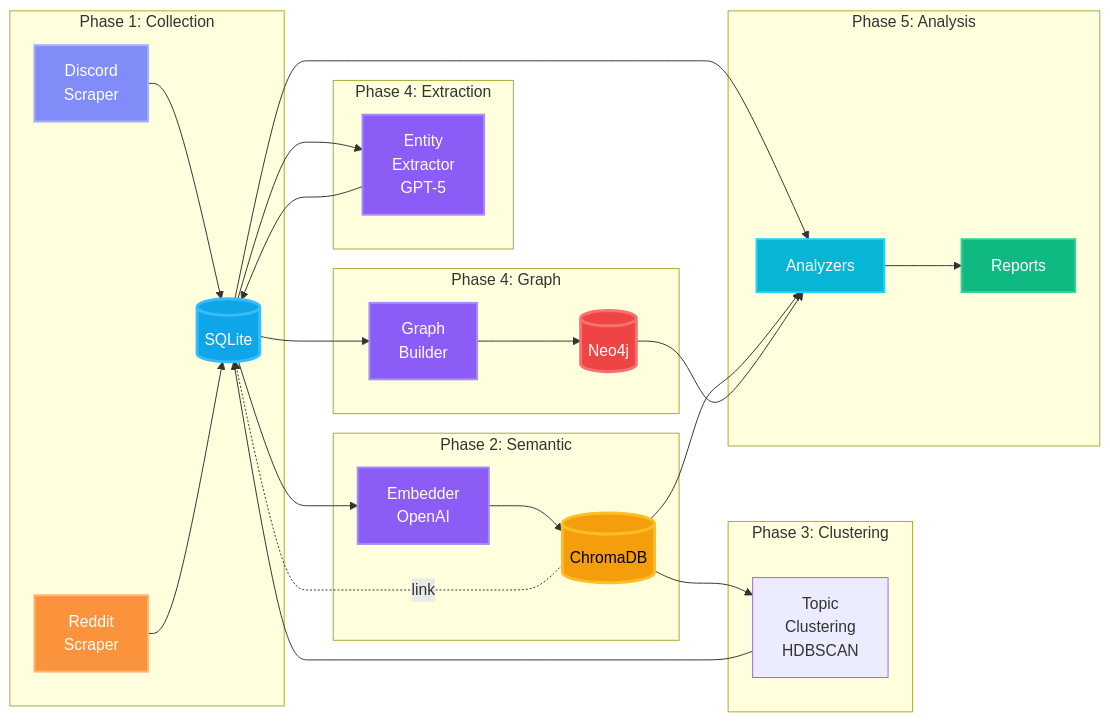
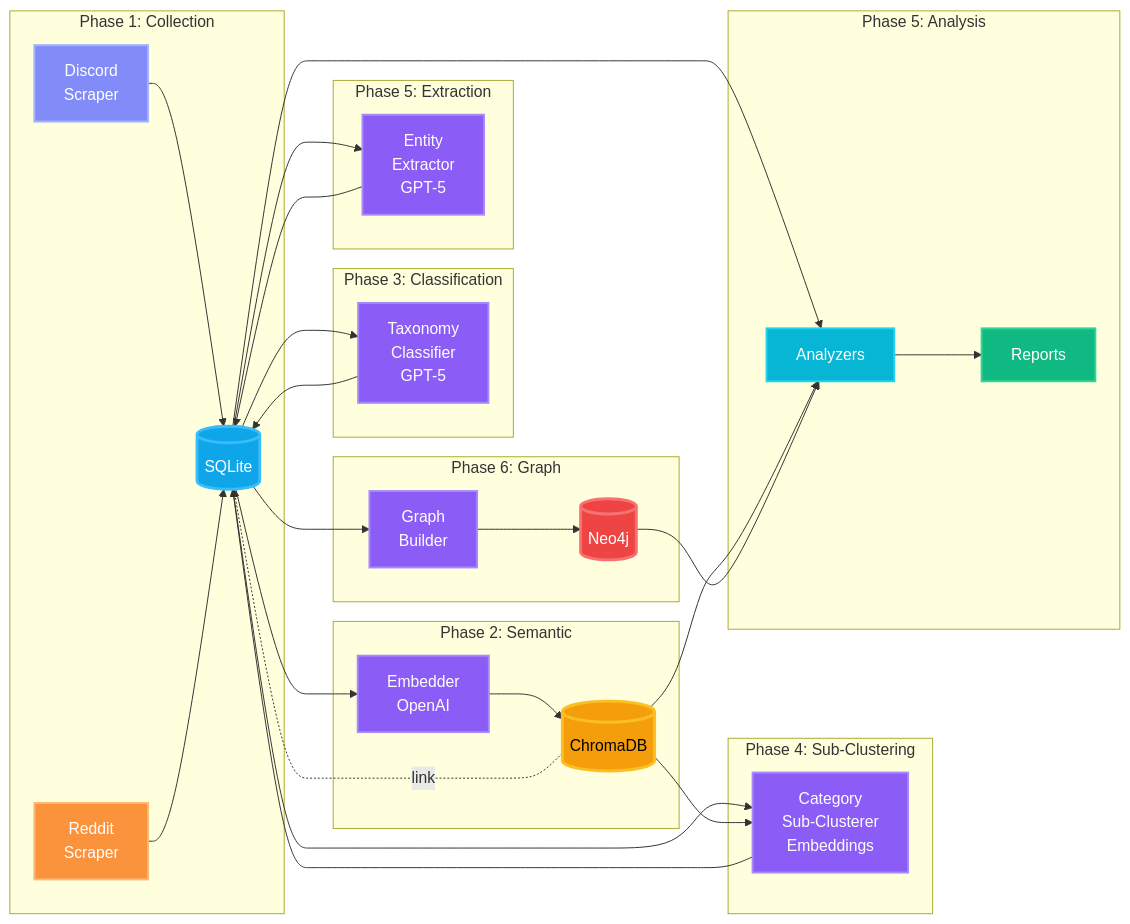
Before and after one commit to ul0gic/discredit: the fourth of 4 diagrams in README.md, drawn with Mermaid. The commit also changed other lines of this file and 4 other files, not shown here.

Commit message:
Implement taxonomy classification system: add taxonomy and message taxonomy tables, create taxonomy classifier module, and develop results viewing script

````diff
--- a/README.md
+++ b/README.md
@@ -234,46 +264,54 @@
 ```mermaid
 flowchart LR
     subgraph "Phase 1: Collection"
         D[Discord<br/>Scraper] --> S[(SQLite)]
         R[Reddit<br/>Scraper] --> S
     end
 
     subgraph "Phase 2: Semantic"
         S --> E[Embedder<br/>OpenAI]
         E --> C[(ChromaDB)]
         C -.link.-> S
     end
 
-    subgraph "Phase 3: Clustering"
-        C --> CL[Topic<br/>Clustering<br/>HDBSCAN]
-        CL --> S
+    subgraph "Phase 3: Classification"
+        S --> TC[Taxonomy<br/>Classifier<br/>GPT-5]
+        TC --> S
     end
 
-    subgraph "Phase 4: Extraction"
+    subgraph "Phase 4: Sub-Clustering"
+        S --> SC[Category<br/>Sub-Clusterer<br/>Embeddings]
+        C --> SC
+        SC --> S
+    end
+
+    subgraph "Phase 5: Extraction"
         S --> X[Entity<br/>Extractor<br/>GPT-5]
         X --> S
     end
 
-    subgraph "Phase 4: Graph"
+    subgraph "Phase 6: Graph"
         S --> G[Graph<br/>Builder]
         G --> N[(Neo4j)]
     end
 
     subgraph "Phase 5: Analysis"
         S --> A[Analyzers]
         C --> A
         N --> A
         A --> O[Reports]
     end
 
     style S fill:#0ea5e9,stroke:#38bdf8,stroke-width:3px,color:#fff
     style C fill:#f59e0b,stroke:#fbbf24,stroke-width:3px,color:#000
     style N fill:#ef4444,stroke:#f87171,stroke-width:3px,color:#fff
     style D fill:#818cf8,stroke:#a5b4fc,stroke-width:2px,color:#fff
     style R fill:#fb923c,stroke:#fdba74,stroke-width:2px,color:#fff
     style E fill:#8b5cf6,stroke:#a78bfa,stroke-width:2px,color:#fff
+    style TC fill:#8b5cf6,stroke:#a78bfa,stroke-width:2px,color:#fff
+    style SC fill:#8b5cf6,stroke:#a78bfa,stroke-width:2px,color:#fff
     style X fill:#8b5cf6,stroke:#a78bfa,stroke-width:2px,color:#fff
     style G fill:#8b5cf6,stroke:#a78bfa,stroke-width:2px,color:#fff
     style A fill:#06b6d4,stroke:#22d3ee,stroke-width:2px,color:#fff
     style O fill:#10b981,stroke:#34d399,stroke-width:2px,color:#fff
 ```
````
